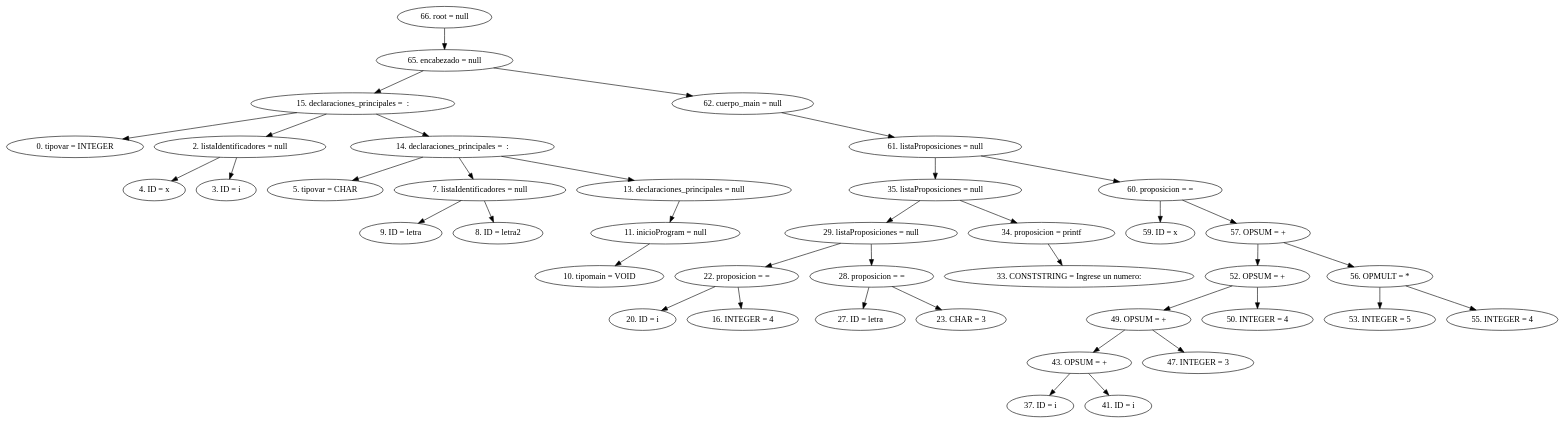
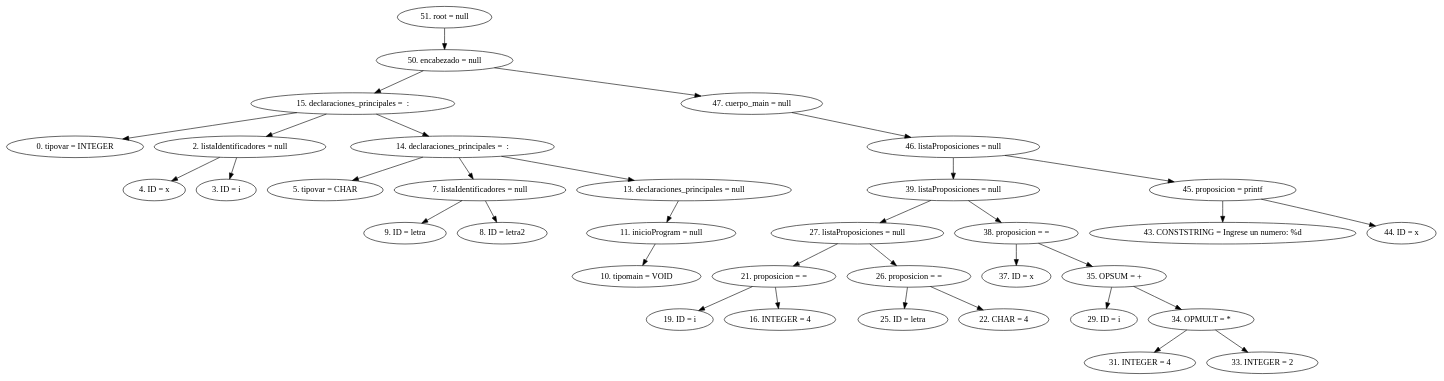
The diagram in src/AST.dot (Luigy08/mini-c), drawn with Graphviz before and after one commit. The commit also changed 8 other files, not shown here.

```diff
--- a/src/AST.dot
+++ b/src/AST.dot
@@ -1,43 +1,38 @@
 digraph G {
-"66. root = null"->"65. encabezado = null"
-"65. encabezado = null"->"15. declaraciones_principales =  : "
+"51. root = null"->"50. encabezado = null"
+"50. encabezado = null"->"15. declaraciones_principales =  : "
 "15. declaraciones_principales =  : "->"0. tipovar = INTEGER"
 "15. declaraciones_principales =  : "->"2. listaIdentificadores = null"
 "2. listaIdentificadores = null"->"4. ID = x"
 "2. listaIdentificadores = null"->"3. ID = i"
 "15. declaraciones_principales =  : "->"14. declaraciones_principales =  : "
 "14. declaraciones_principales =  : "->"5. tipovar = CHAR"
 "14. declaraciones_principales =  : "->"7. listaIdentificadores = null"
 "7. listaIdentificadores = null"->"9. ID = letra"
 "7. listaIdentificadores = null"->"8. ID = letra2"
 "14. declaraciones_principales =  : "->"13. declaraciones_principales = null"
 "13. declaraciones_principales = null"->"11. inicioProgram = null"
 "11. inicioProgram = null"->"10. tipomain = VOID"
-"65. encabezado = null"->"62. cuerpo_main = null"
-"62. cuerpo_main = null"->"61. listaProposiciones = null"
-"61. listaProposiciones = null"->"35. listaProposiciones = null"
-"35. listaProposiciones = null"->"29. listaProposiciones = null"
-"29. listaProposiciones = null"->"22. proposicion = ="
-"22. proposicion = ="->"20. ID = i"
-"22. proposicion = ="->"16. INTEGER = 4"
-"29. listaProposiciones = null"->"28. proposicion = ="
-"28. proposicion = ="->"27. ID = letra"
-"28. proposicion = ="->"23. CHAR = 3"
-"35. listaProposiciones = null"->"34. proposicion = printf"
-"34. proposicion = printf"->"33. CONSTSTRING = Ingrese un numero: "
-"61. listaProposiciones = null"->"60. proposicion = ="
-"60. proposicion = ="->"59. ID = x"
-"60. proposicion = ="->"57. OPSUM = +"
-"57. OPSUM = +"->"52. OPSUM = +"
-"52. OPSUM = +"->"49. OPSUM = +"
-"49. OPSUM = +"->"43. OPSUM = +"
-"43. OPSUM = +"->"37. ID = i"
-"43. OPSUM = +"->"41. ID = i"
-"49. OPSUM = +"->"47. INTEGER = 3"
-"52. OPSUM = +"->"50. INTEGER = 4"
-"57. OPSUM = +"->"56. OPMULT = *"
-"56. OPMULT = *"->"53. INTEGER = 5"
-"56. OPMULT = *"->"55. INTEGER = 4"
+"50. encabezado = null"->"47. cuerpo_main = null"
+"47. cuerpo_main = null"->"46. listaProposiciones = null"
+"46. listaProposiciones = null"->"39. listaProposiciones = null"
+"39. listaProposiciones = null"->"27. listaProposiciones = null"
+"27. listaProposiciones = null"->"21. proposicion = ="
+"21. proposicion = ="->"19. ID = i"
+"21. proposicion = ="->"16. INTEGER = 4"
+"27. listaProposiciones = null"->"26. proposicion = ="
+"26. proposicion = ="->"25. ID = letra"
+"26. proposicion = ="->"22. CHAR = 4"
+"39. listaProposiciones = null"->"38. proposicion = ="
+"38. proposicion = ="->"37. ID = x"
+"38. proposicion = ="->"35. OPSUM = +"
+"35. OPSUM = +"->"29. ID = i"
+"35. OPSUM = +"->"34. OPMULT = *"
+"34. OPMULT = *"->"31. INTEGER = 4"
+"34. OPMULT = *"->"33. INTEGER = 2"
+"46. listaProposiciones = null"->"45. proposicion = printf"
+"45. proposicion = printf"->"43. CONSTSTRING = Ingrese un numero: %d"
+"45. proposicion = printf"->"44. ID = x"
 
 
 }
```
